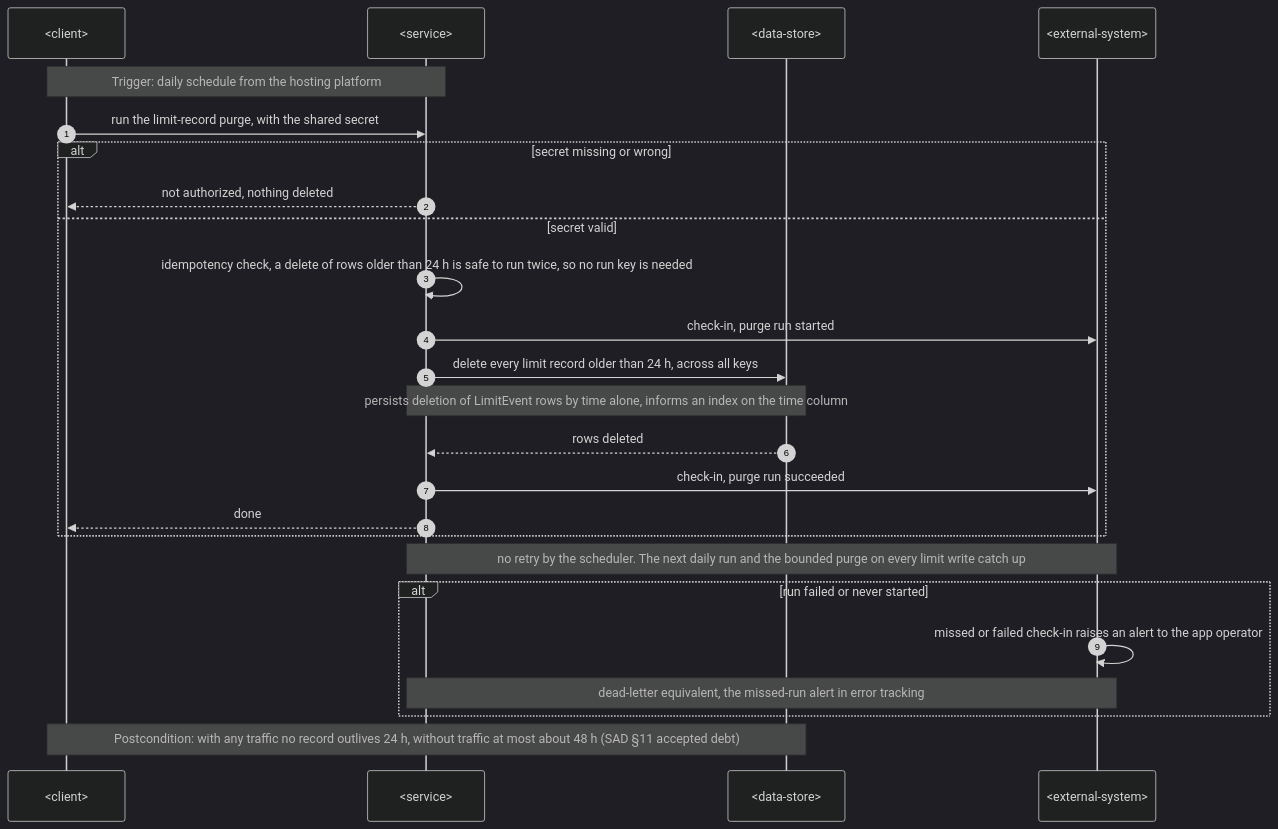
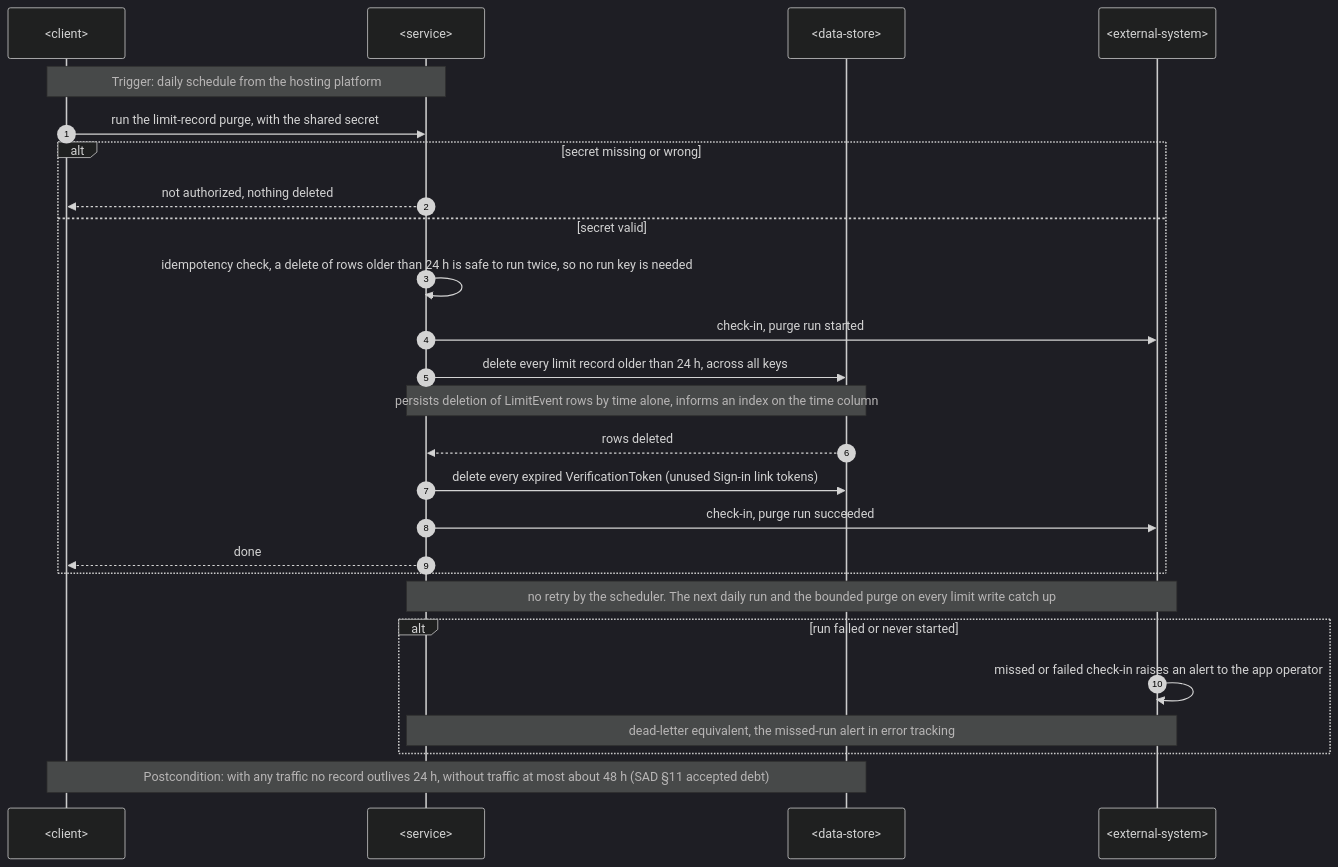
Diagram 12 of 12 in docs/features/security-patch/sad.md (GopkoDev/invoiceForge), drawn with Mermaid (dark theme) before and after one commit. The commit also changed other lines of this file and 16 other files, not shown here.

First line of the commit message:
fix(security-patch): make the sign-in limiter resilient (send outside the lock, admit sources before tokens)

````diff
--- a/docs/features/security-patch/sad.md
+++ b/docs/features/security-patch/sad.md
@@ -534,28 +536,29 @@
 ```mermaid
 sequenceDiagram
     autonumber
     participant C as <client>
     participant S as <service>
     participant D as <data-store>
     participant X as <external-system>
 
     Note over C,S: Trigger: daily schedule from the hosting platform
     C->>S: run the limit-record purge, with the shared secret
     alt secret missing or wrong
         S-->>C: not authorized, nothing deleted
     else secret valid
         S->>S: idempotency check, a delete of rows older than 24 h is safe to run twice, so no run key is needed
         S->>X: check-in, purge run started
         S->>D: delete every limit record older than 24 h, across all keys
         Note over S,D: persists deletion of LimitEvent rows by time alone, informs an index on the time column
         D-->>S: rows deleted
+        S->>D: delete every expired VerificationToken (unused Sign-in link tokens)
         S->>X: check-in, purge run succeeded
         S-->>C: done
     end
     Note over S,X: no retry by the scheduler. The next daily run and the bounded purge on every limit write catch up
     alt run failed or never started
         X->>X: missed or failed check-in raises an alert to the app operator
         Note over S,X: dead-letter equivalent, the missed-run alert in error tracking
     end
     Note over C,D: Postcondition: with any traffic no record outlives 24 h, without traffic at most about 48 h (SAD §11 accepted debt)
 ```
````
